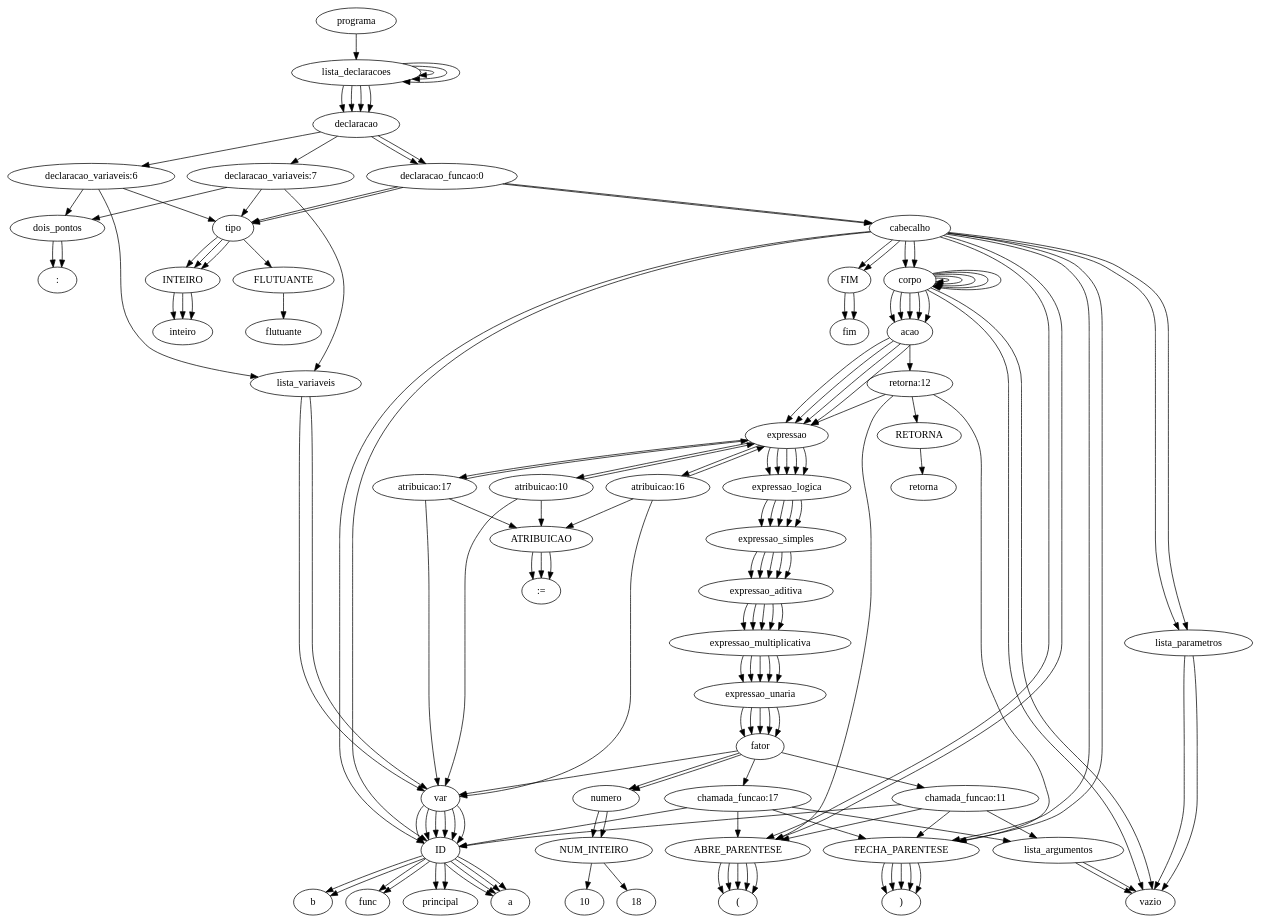
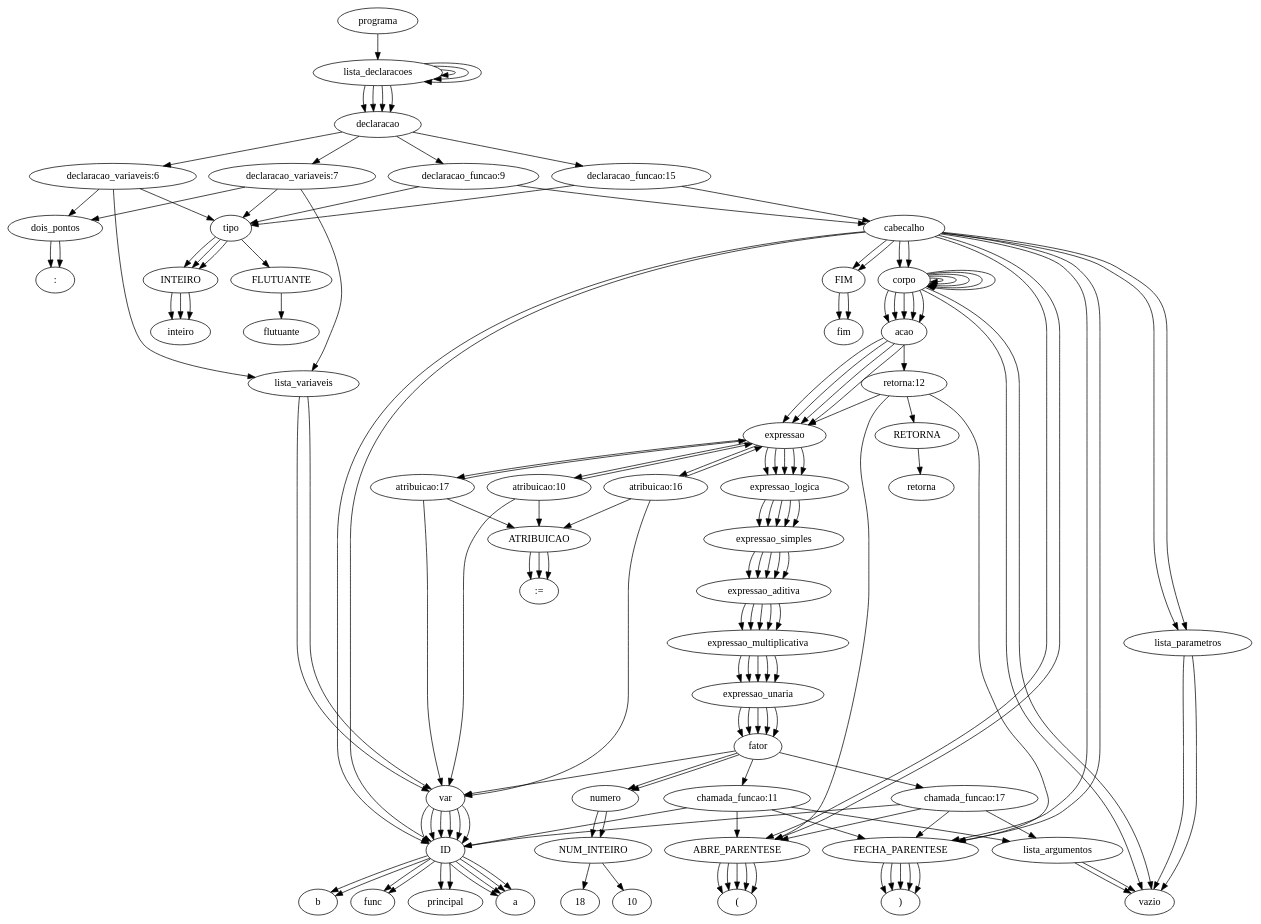
One commit to JuanFSR/Compiladores changed the diagram in 7.AnaliseSemantica/implementacao/semantica-testes/sema-013.tpp.ast.dot. Above: the diagram before and after it, drawn with Graphviz. The commit also changed 105 other files, not shown here.

```diff
--- a/7.AnaliseSemantica/implementacao/semantica-testes/sema-013.tpp.ast.dot
+++ b/7.AnaliseSemantica/implementacao/semantica-testes/sema-013.tpp.ast.dot
@@ -27,7 +27,7 @@
     "ID";
     "b";
     "declaracao";
-    "declaracao_funcao:0";
+    "declaracao_funcao:9";
     "tipo";
     "INTEIRO";
     "inteiro";
@@ -101,7 +101,7 @@
     "FIM";
     "fim";
     "declaracao";
-    "declaracao_funcao:0";
+    "declaracao_funcao:15";
     "tipo";
     "INTEIRO";
     "inteiro";
@@ -190,9 +190,9 @@
     "lista_variaveis" -> "var";
     "var" -> "ID";
     "ID" -> "b";
-    "declaracao" -> "declaracao_funcao:0";
-    "declaracao_funcao:0" -> "tipo";
-    "declaracao_funcao:0" -> "cabecalho";
+    "declaracao" -> "declaracao_funcao:9";
+    "declaracao_funcao:9" -> "tipo";
+    "declaracao_funcao:9" -> "cabecalho";
     "tipo" -> "INTEIRO";
     "INTEIRO" -> "inteiro";
     "cabecalho" -> "ID";
@@ -263,9 +263,9 @@
     "ID" -> "a";
     "FECHA_PARENTESE" -> ")";
     "FIM" -> "fim";
-    "declaracao" -> "declaracao_funcao:0";
-    "declaracao_funcao:0" -> "tipo";
-    "declaracao_funcao:0" -> "cabecalho";
+    "declaracao" -> "declaracao_funcao:15";
+    "declaracao_funcao:15" -> "tipo";
+    "declaracao_funcao:15" -> "cabecalho";
     "tipo" -> "INTEIRO";
     "INTEIRO" -> "inteiro";
     "cabecalho" -> "ID";
```
